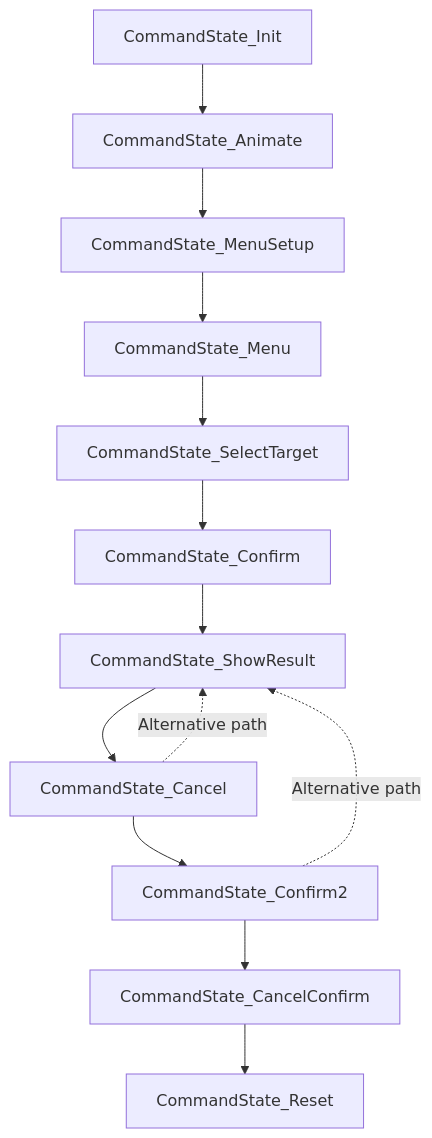
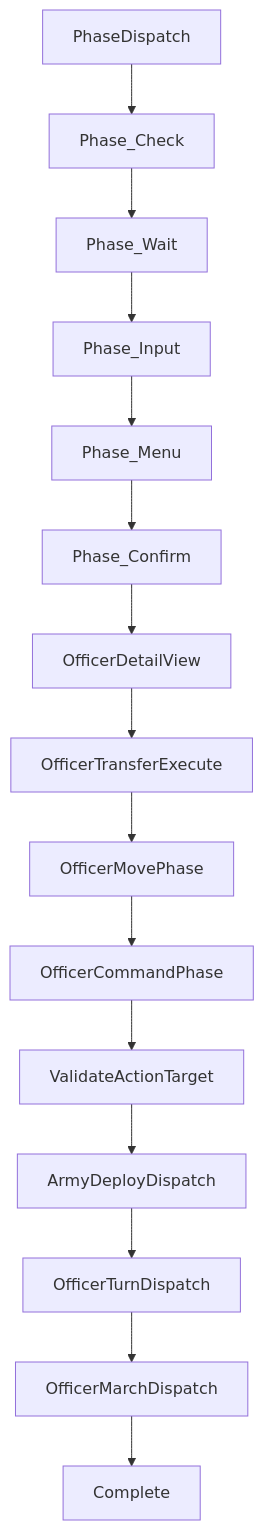
The fifth of 7 diagrams in .qoder/repowiki/en/content/Game State Management/State Machine Architecture/State Machine Architecture.md (rabbyzero/sango2dasm), drawn with Mermaid before and after one commit. The commit also changed other lines of this file and 34 other files, not shown here.

````diff
--- a/.qoder/repowiki/en/content/Game State Management/State Machine Architecture/State Machine Architecture.md
+++ b/.qoder/repowiki/en/content/Game State Management/State Machine Architecture/State Machine Architecture.md
@@ -321,15 +344,17 @@
 ```mermaid
 flowchart TD
-CmdStart["CommandState_Init"] --> CmdAnimate["CommandState_Animate"]
-CmdAnimate --> MenuSetup["CommandState_MenuSetup"]
-MenuSetup --> Menu["CommandState_Menu"]
-Menu --> SelectTarget["CommandState_SelectTarget"]
-SelectTarget --> Confirm["CommandState_Confirm"]
-Confirm --> ShowResult["CommandState_ShowResult"]
-ShowResult --> Cancel["CommandState_Cancel"]
-Cancel --> Confirm2["CommandState_Confirm2"]
-Confirm2 --> CancelConfirm["CommandState_CancelConfirm"]
-CancelConfirm --> Reset["CommandState_Reset"]
-Cancel -.->|Alternative path| ShowResult
-Confirm2 -.->|Alternative path| ShowResult
+CmdStart["PhaseDispatch"] --> PhaseCheck["Phase_Check"]
+PhaseCheck --> PhaseWait["Phase_Wait"]
+PhaseWait --> PhaseInput["Phase_Input"]
+PhaseInput --> PhaseMenu["Phase_Menu"]
+PhaseMenu --> PhaseConfirm["Phase_Confirm"]
+PhaseConfirm --> OfficerDetailView["OfficerDetailView"]
+OfficerDetailView --> OfficerTransferExecute["OfficerTransferExecute"]
+OfficerTransferExecute --> OfficerMovePhase["OfficerMovePhase"]
+OfficerMovePhase --> OfficerCommandPhase["OfficerCommandPhase"]
+OfficerCommandPhase --> ValidateActionTarget["ValidateActionTarget"]
+ValidateActionTarget --> ArmyDeployDispatch["ArmyDeployDispatch"]
+ArmyDeployDispatch --> OfficerTurnDispatch["OfficerTurnDispatch"]
+OfficerTurnDispatch --> OfficerMarchDispatch["OfficerMarchDispatch"]
+OfficerMarchDispatch --> CmdEnd["Complete"]
 ```
````
